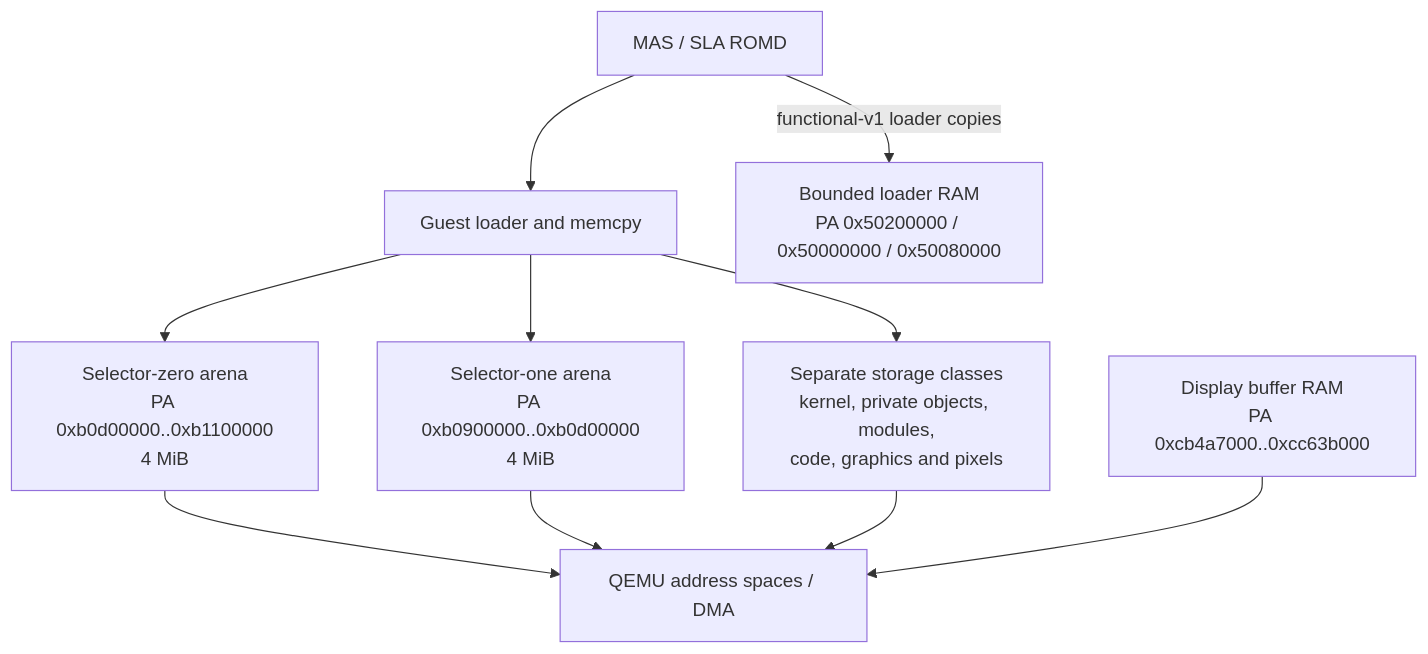
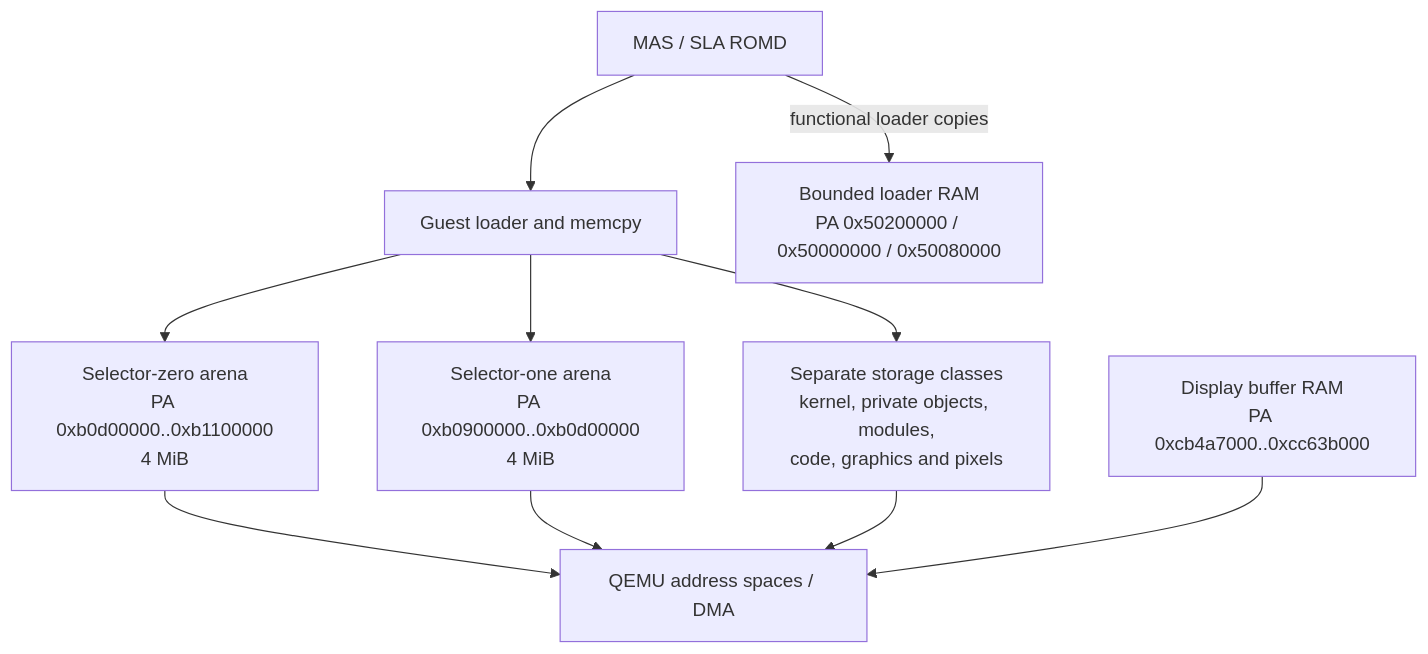
Before and after one commit to nightglasses/z7ii-qemu: the third of 6 diagrams in docs/architecture.md, drawn with Mermaid. The commit also changed other lines of this file and 24 other files, not shown here.

````diff
--- a/docs/architecture.md
+++ b/docs/architecture.md
@@ -85,12 +85,12 @@
 ```mermaid
 flowchart TD
   ROMD["MAS / SLA ROMD"] --> Loader["Guest loader and memcpy"]
   Loader --> Zero["Selector-zero arena<br/>PA 0xb0d00000..0xb1100000<br/>4 MiB"]
   Loader --> One["Selector-one arena<br/>PA 0xb0900000..0xb0d00000<br/>4 MiB"]
   Loader --> DDR["Separate storage classes<br/>kernel, private objects, modules,<br/>code, graphics and pixels"]
-  ROMD -->|"functional-v1 loader copies"| LoaderViews["Bounded loader RAM<br/>PA 0x50200000 / 0x50000000 / 0x50080000"]
+  ROMD -->|"functional loader copies"| LoaderViews["Bounded loader RAM<br/>PA 0x50200000 / 0x50000000 / 0x50080000"]
   Zero --> Bus["QEMU address spaces / DMA"]
   One --> Bus
   DDR --> Bus
   DisplayRAM["Display buffer RAM<br/>PA 0xcb4a7000..0xcc63b000"] --> Bus
 ```
````
